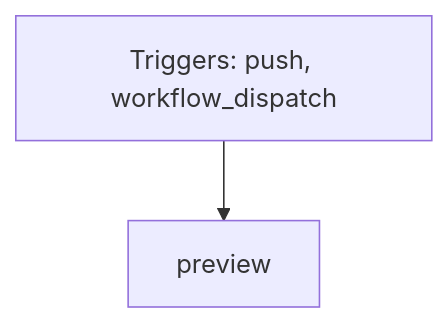
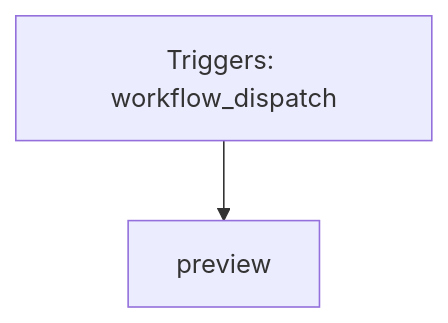
Before and after one commit to FrenchExDev2/QuietCli.PoSh: the diagram in docs/ci/github/script-preview-psgallery.md, drawn with Mermaid. The commit also changed other lines of this file and 40 other files, not shown here.

```diff
--- a/docs/ci/github/script-preview-psgallery.md
+++ b/docs/ci/github/script-preview-psgallery.md
@@ -18,6 +18,6 @@
 ~~~mermaid
 flowchart TD
-    event["Triggers: push, workflow_dispatch"]
+    event["Triggers: workflow_dispatch"]
     job_preview["preview"]
     event --> job_preview
 ~~~
```
